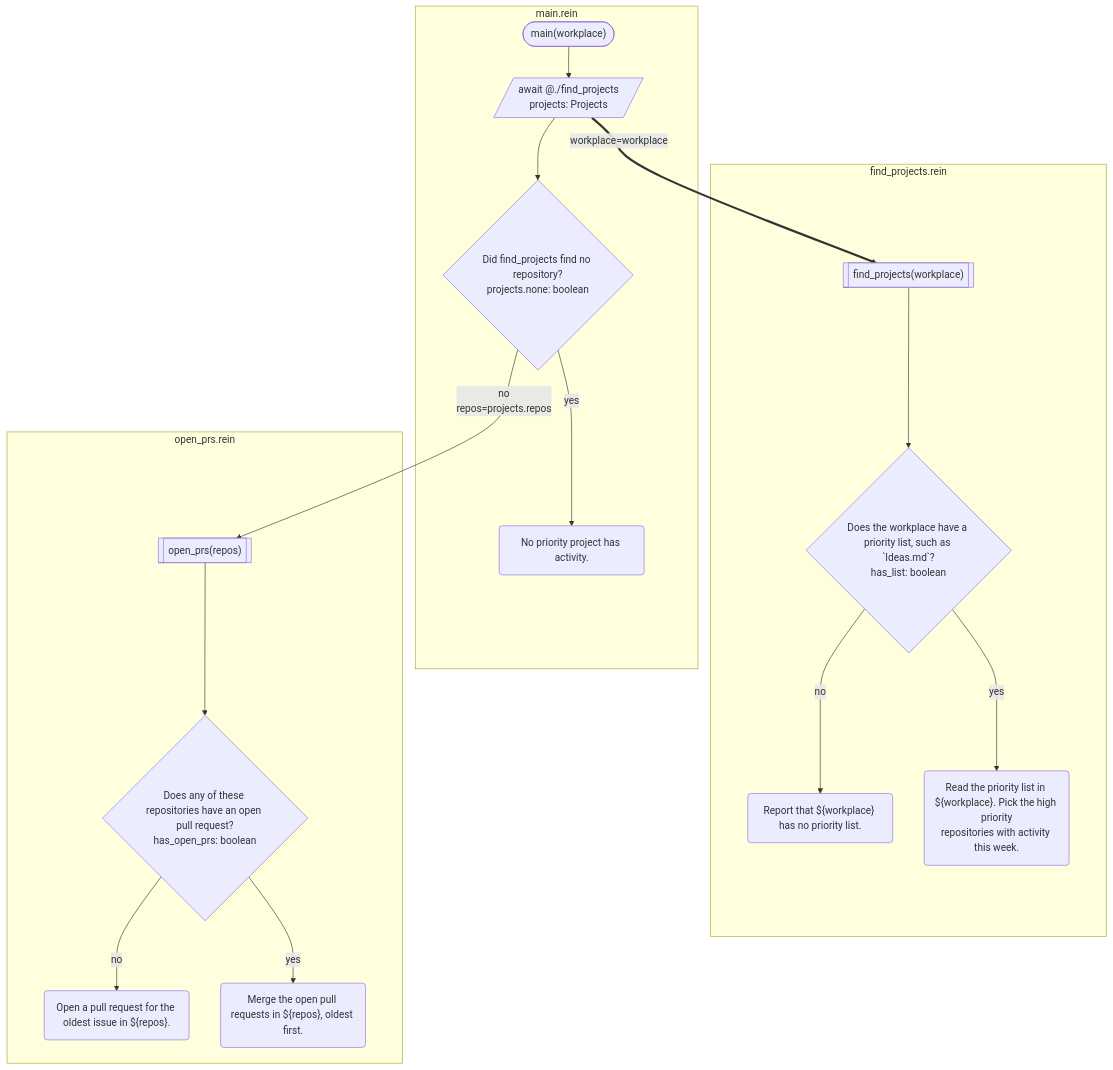
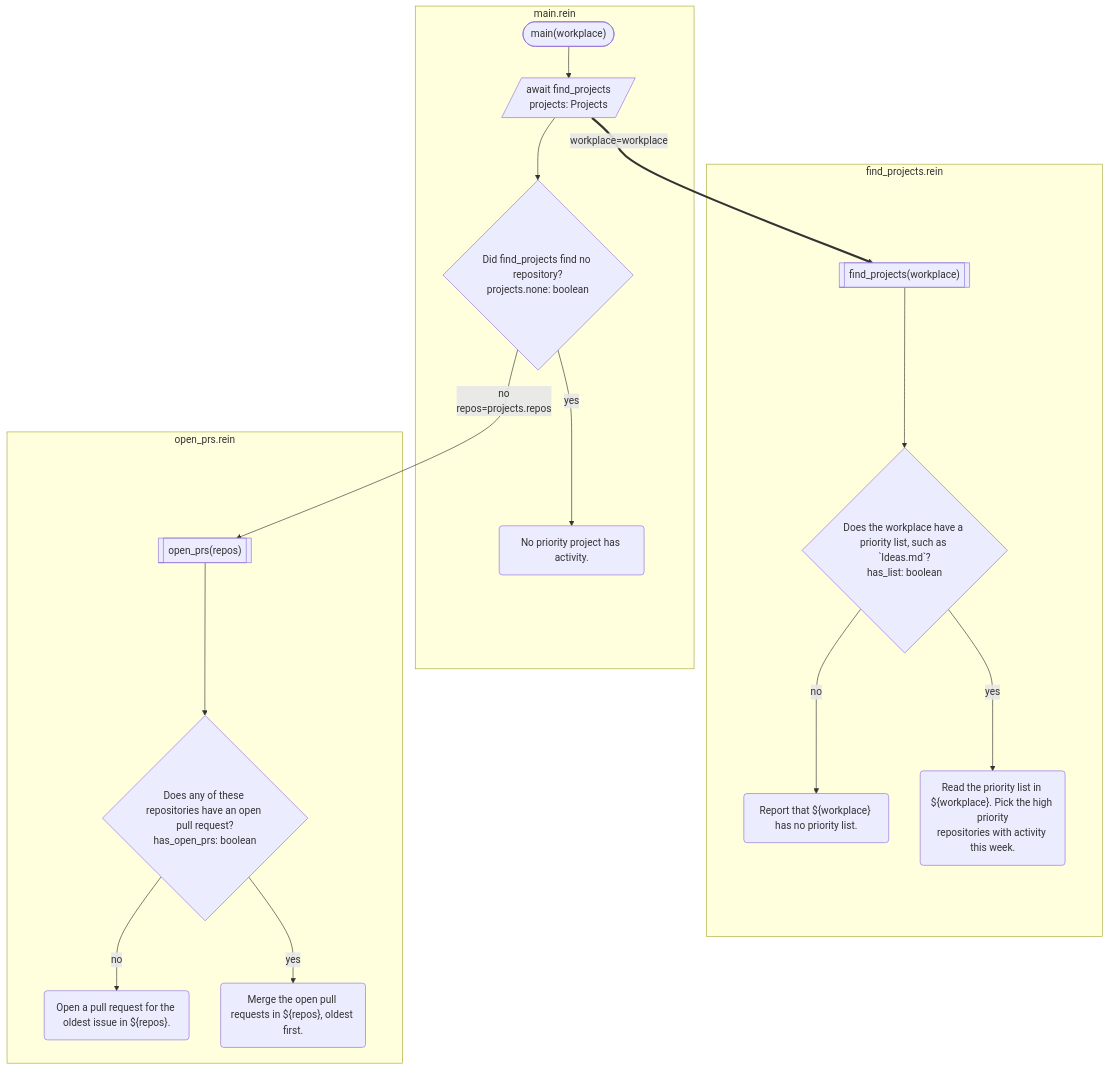
Before and after one commit to rein-lang/rein-lang.com: the diagram in docs/examples/priority-work.md, drawn with Mermaid. The commit also changed 15 other files, not shown here.

````diff
--- a/docs/examples/priority-work.md
+++ b/docs/examples/priority-work.md
@@ -33,32 +33,32 @@
 ```mermaid
 flowchart TD
     subgraph s0 ["find_projects.rein"]
         f0[["find_projects(workplace)"]]
         f0_0{"Does the workplace have a priority list, such as ˋIdeas.mdˋ?<br/>has_list: boolean"}
         f0_1("Report that ${workplace} has no priority list.")
         f0_2("Read the priority list in ${workplace}. Pick the high priority<br/>repositories with activity this week.")
     end
     subgraph s1 ["main.rein"]
         f1(["main(workplace)"])
-        f1_0[/"await @./find_projects<br/>projects: Projects"/]
+        f1_0[/"await find_projects<br/>projects: Projects"/]
         f1_1{"Did find_projects find no repository?<br/>projects.none: boolean"}
         f1_2("No priority project has activity.")
     end
     subgraph s2 ["open_prs.rein"]
         f2[["open_prs(repos)"]]
         f2_0{"Does any of these repositories have an open pull request?<br/>has_open_prs: boolean"}
         f2_1("Open a pull request for the oldest issue in ${repos}.")
         f2_2("Merge the open pull requests in ${repos}, oldest first.")
     end
     f0 --> f0_0
     f0_0 -->|"no"| f0_1
     f0_0 -->|"yes"| f0_2
     f1 --> f1_0
     f1_0 ==>|"workplace=workplace"| f0
     f1_0 --> f1_1
     f1_1 -->|"yes"| f1_2
     f1_1 -->|"no<br/>repos=projects.repos"| f2
     f2 --> f2_0
     f2_0 -->|"no"| f2_1
     f2_0 -->|"yes"| f2_2
 ```
````
